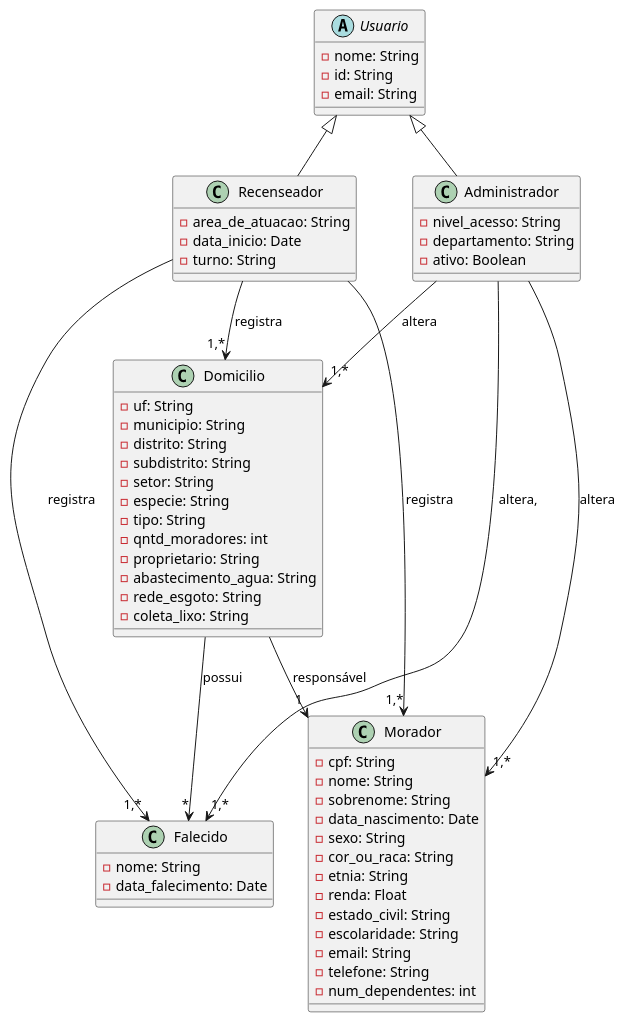
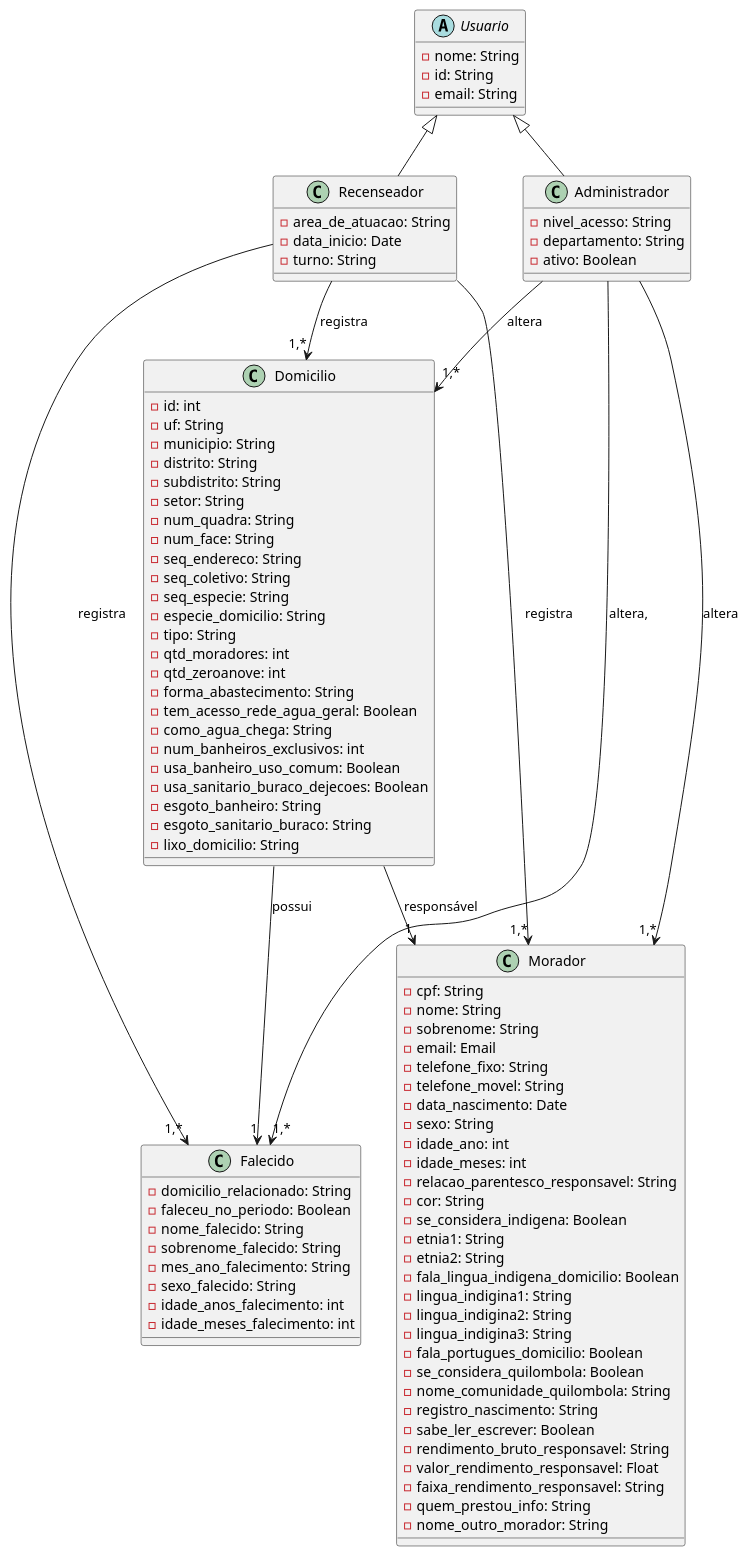
One commit to Projetos-de-Extensao/PBE_25.1_8002_QuarterBackers changed the diagram in docs/assets/Diagrama_de_Classes/diagrama.puml. Above: the diagram before and after it, drawn with PlantUML.

Commit message:
Atualizando Diagrama de Classes

```diff
--- a/docs/assets/Diagrama_de_Classes/diagrama.puml
+++ b/docs/assets/Diagrama_de_Classes/diagrama.puml
@@ -1,75 +1,109 @@
 @startuml diagrama_de_classes
 
 ' ==== CLASSES PRINCIPAIS ====
 
 class Morador {
     - cpf: String
     - nome: String
     - sobrenome: String
+    - email: Email
+    - telefone_fixo: String
+    - telefone_movel: String
     - data_nascimento: Date
     - sexo: String
-    - cor_ou_raca: String
-    - etnia: String
-    - renda: Float
-    - estado_civil: String
-    - escolaridade: String
-    - email: String
-    - telefone: String
-    - num_dependentes: int
+    - idade_ano: int
+    - idade_meses: int
+    - relacao_parentesco_responsavel: String
+    - cor: String
+    - se_considera_indigena: Boolean
+    - etnia1: String
+    - etnia2: String
+    - fala_lingua_indigena_domicilio: Boolean
+    - lingua_indigina1: String
+    - lingua_indigina2: String
+    - lingua_indigina3: String
+    - fala_portugues_domicilio: Boolean
+    - se_considera_quilombola: Boolean
+    - nome_comunidade_quilombola: String
+    - registro_nascimento: String
+    - sabe_ler_escrever: Boolean
+    - rendimento_bruto_responsavel: String
+    - valor_rendimento_responsavel: Float
+    - faixa_rendimento_responsavel: String
+    - quem_prestou_info: String
+    - nome_outro_morador: String
 }
 
 class Falecido {
-    - nome: String
-    - data_falecimento: Date
+    - domicilio_relacionado: String
+    - faleceu_no_periodo: Boolean
+    - nome_falecido: String
+    - sobrenome_falecido: String
+    - mes_ano_falecimento: String
+    - sexo_falecido: String
+    - idade_anos_falecimento: int
+    - idade_meses_falecimento: int
 }
 
 class Domicilio {
+    - id: int
     - uf: String
     - municipio: String
     - distrito: String
     - subdistrito: String
     - setor: String
-    - especie: String
+    - num_quadra: String
+    - num_face: String
+    - seq_endereco: String
+    - seq_coletivo: String
+    - seq_especie: String
+    - especie_domicilio: String
     - tipo: String
-    - qntd_moradores: int
-    - proprietario: String
-    - abastecimento_agua: String
-    - rede_esgoto: String
-    - coleta_lixo: String
+    - qtd_moradores: int
+    - qtd_zeroanove: int
+    - forma_abastecimento: String
+    - tem_acesso_rede_agua_geral: Boolean
+    - como_agua_chega: String
+    - num_banheiros_exclusivos: int
+    - usa_banheiro_uso_comum: Boolean
+    - usa_sanitario_buraco_dejecoes: Boolean
+    - esgoto_banheiro: String
+    - esgoto_sanitario_buraco: String
+    - lixo_domicilio: String
 }
 
 ' ==== RELACIONAMENTOS ====
 
 Domicilio --> "1" Morador : responsável
-Domicilio --> "*" Falecido : possui
+Domicilio --> "1" Falecido : possui
 Recenseador --> "1,*" Domicilio : registra
 Recenseador --> "1,*" Morador : registra
 Recenseador --> "1,*" Falecido : registra
 Administrador --> "1,*" Domicilio : altera
 Administrador --> "1,*" Morador : altera
 Administrador --> "1,*" Falecido : altera,
 
 ' ==== USUÁRIOS ====
 
 abstract class Usuario {
     - nome: String
     - id: String
     - email: String
 }
 
 class Recenseador {
     - area_de_atuacao: String
     - data_inicio: Date
     - turno: String
 }
 
 class Administrador {
     - nivel_acesso: String
     - departamento: String
     - ativo: Boolean
 }
 
 Usuario <|-- Recenseador
 Usuario <|-- Administrador
 
 @enduml
```
